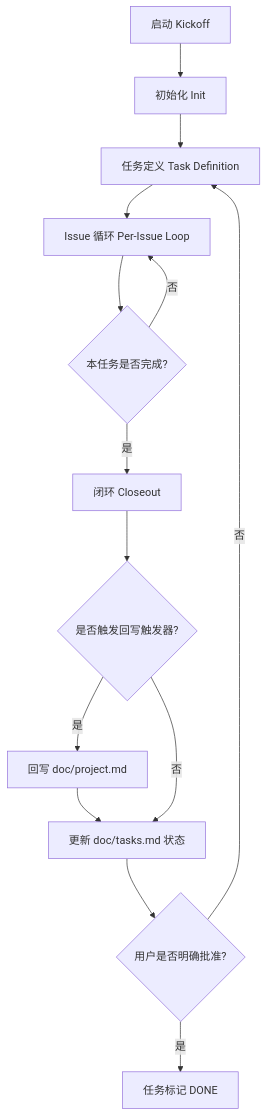
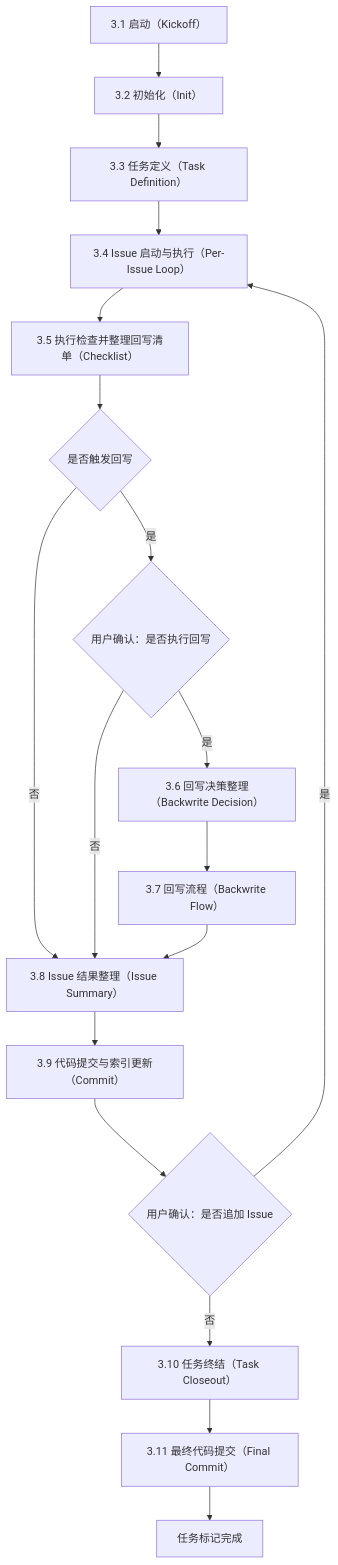
Before and after one commit to rocketion/my_skills: the diagram in skills/doc-ssot-flow/references/ssot_rules.md, drawn with Mermaid. The commit also changed other lines of this file, not shown here.

Commit message:
文档：对齐 ssot_rules 的 SOP 与流程图

````diff
--- a/skills/doc-ssot-flow/references/ssot_rules.md
+++ b/skills/doc-ssot-flow/references/ssot_rules.md
@@ -185,16 +134,22 @@
 ```mermaid
 flowchart TD
-  A[启动 Kickoff] --> B[初始化 Init]
-  B --> C[任务定义 Task Definition]
-  C --> D[Issue 循环 Per-Issue Loop]
-  D --> E{本任务是否完成?}
-  E -- 否 --> D
-  E -- 是 --> F[闭环 Closeout]
-  F --> G{是否触发回写触发器?}
-  G -- 是 --> H[回写 doc/project.md]
-  H --> I[更新 doc/tasks.md 状态]
-  G -- 否 --> I[更新 doc/tasks.md 状态]
-  I --> J{用户是否明确批准?}
-  J -- 否 --> C
-  J -- 是 --> K[任务标记 DONE]
+  s31["3.1 启动（Kickoff）"] --> s32["3.2 初始化（Init）"]
+  s32 --> s33["3.3 任务定义（Task Definition）"]
+  s33 --> s34["3.4 Issue 启动与执行（Per-Issue Loop）"]
+  s34 --> s35["3.5 执行检查并整理回写清单（Checklist）"]
+
+  s35 --> d_need{"是否触发回写"}
+  d_need -- 否 --> s38["3.8 Issue 结果整理（Issue Summary）"]
+  d_need -- 是 --> d_backwrite{"用户确认：是否执行回写"}
+  d_backwrite -- 否 --> s38
+  d_backwrite -- 是 --> s36["3.6 回写决策整理（Backwrite Decision）"]
+  s36 --> s37["3.7 回写流程（Backwrite Flow）"]
+  s37 --> s38
+
+  s38 --> s39["3.9 代码提交与索引更新（Commit）"]
+  s39 --> d_next_issue{"用户确认：是否追加 Issue"}
+  d_next_issue -- 是 --> s34
+  d_next_issue -- 否 --> s310["3.10 任务终结（Task Closeout）"]
+  s310 --> s311["3.11 最终代码提交（Final Commit）"]
+  s311 --> done[任务标记完成]
 ```
````
